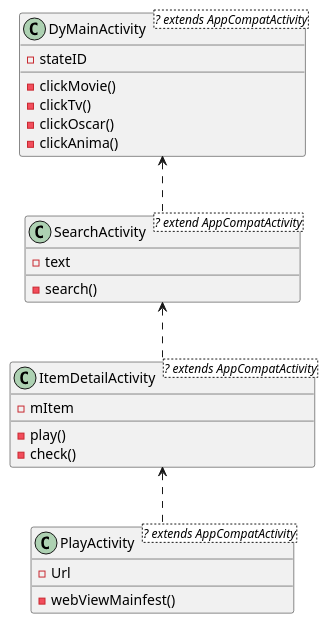
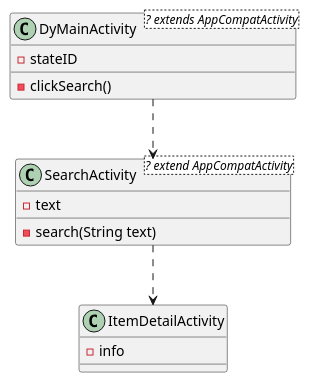
The diagram in app/src/main/java/cn/diy/dy/SearchPicture.puml (YshanshanD/DY), drawn with PlantUML before and after one commit. The commit also changed 12 other files, not shown here.

```diff
--- a/app/src/main/java/cn/diy/dy/SearchPicture.puml
+++ b/app/src/main/java/cn/diy/dy/SearchPicture.puml
@@ -1,32 +1,18 @@
 @startuml
 
 class DyMainActivity<? extends AppCompatActivity>{
     -stateID
-    -clickMovie()
-    -clickTv()
-    -clickOscar()
-    -clickAnima()
+    -clickSearch()
 }
 
 class SearchActivity<? extend AppCompatActivity>{
     -text
-    -search()
+    -search(String text)
 }
-
-class PlayActivity<? extends AppCompatActivity>{
-    -Url
-    -webViewMainfest()
+class ItemDetailActivity{
+    -info
 }
-
-class ItemDetailActivity<? extends AppCompatActivity>{
-    -mItem
-    -play()
-    -check()
-}
-
-
-DyMainActivity <.. SearchActivity
-SearchActivity <.. ItemDetailActivity
-ItemDetailActivity <.. PlayActivity
+DyMainActivity ..> SearchActivity
+SearchActivity ..> ItemDetailActivity
 
 @enduml
```
